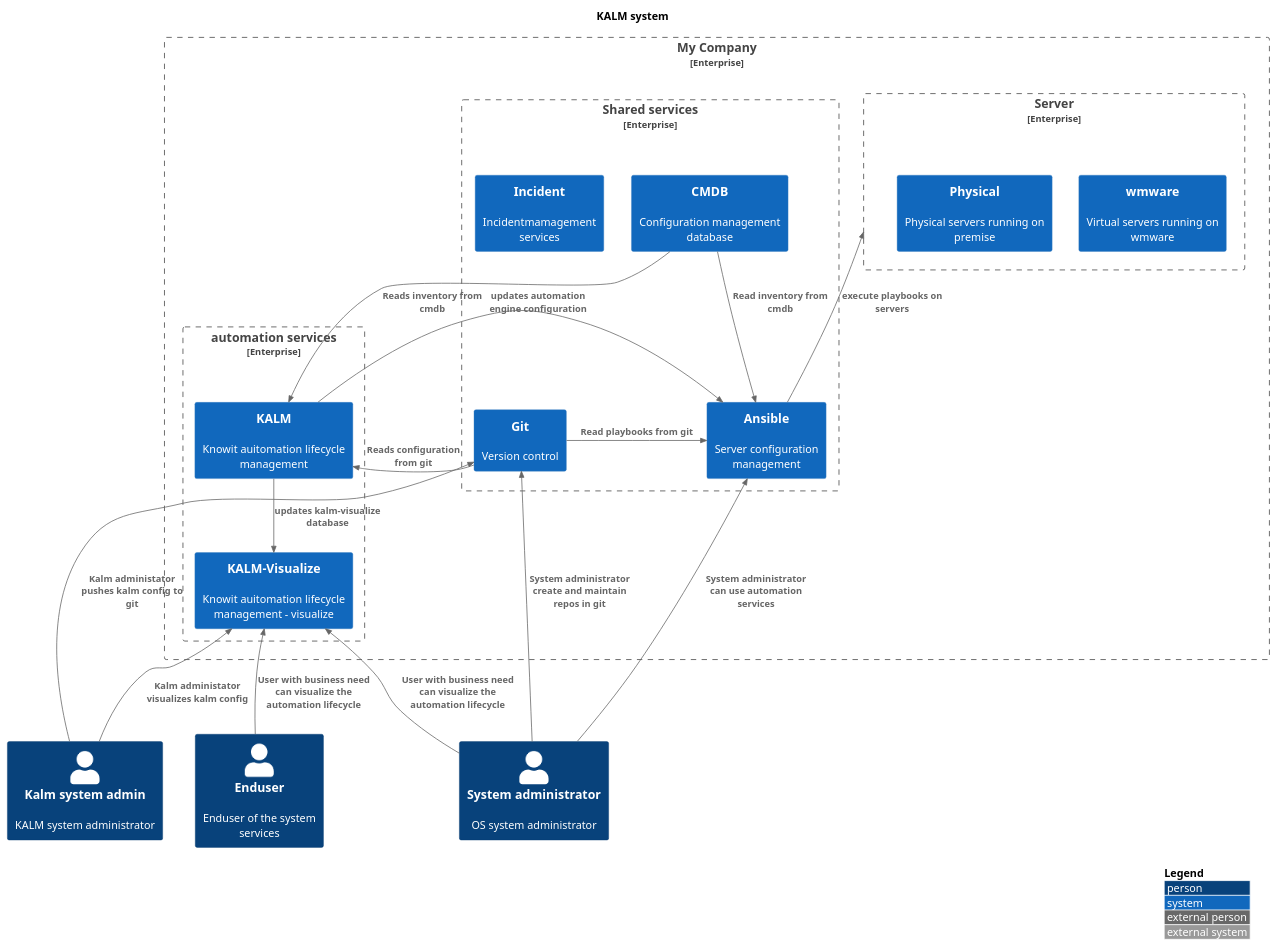
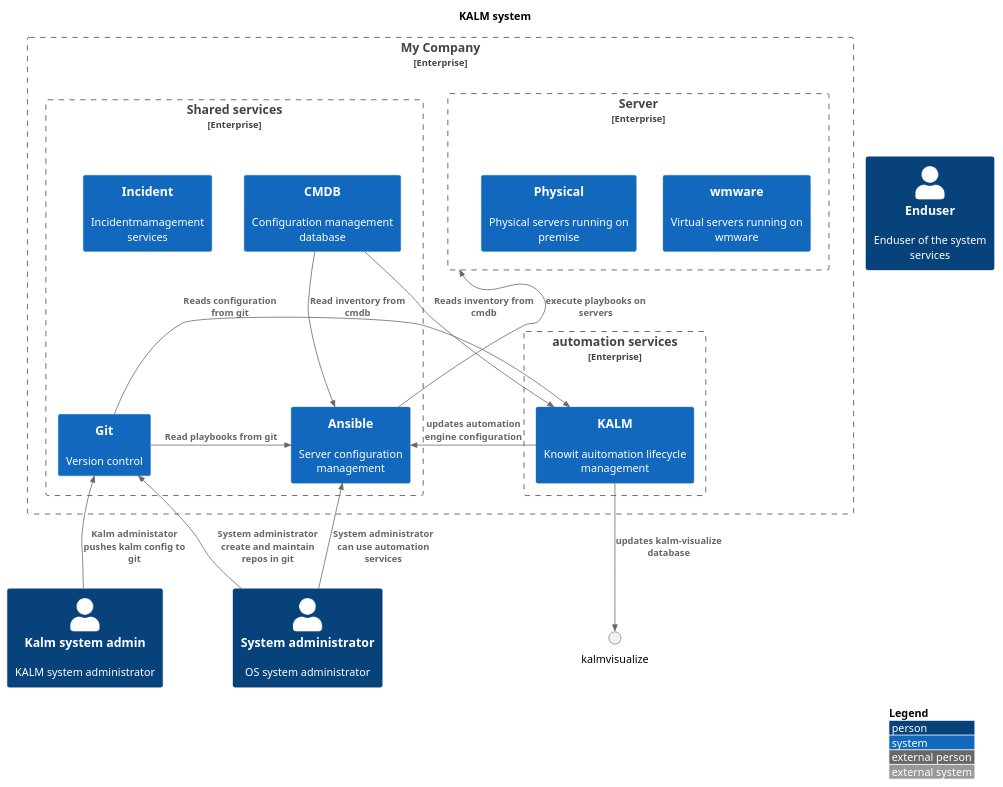
Before and after one commit to JakobHolstDK/infowall: the diagram in diagrams/kalm.puml, drawn with PlantUML.

Commit message:
no write

```diff
--- a/diagrams/kalm.puml
+++ b/diagrams/kalm.puml
@@ -1,64 +1,60 @@
 @startuml
 !include https://raw.githubusercontent.com/plantuml-stdlib/C4-PlantUML/master/C4_Context.puml
 
 ' uncomment the following line and comment the first to use locally
 ' !include C4_Context.puml
 
 LAYOUT_TOP_DOWN()
 'LAYOUT_AS_SKETCH()
 LAYOUT_WITH_LEGEND()
 
 
 title   KALM system
 
 Person(kalmadmin, "Kalm system admin", "KALM system administrator")
 Person(systemadmin, "System administrator", "OS system administrator")
 Person(enduser, "Enduser", "Enduser of the system services")
 
 
 Enterprise_Boundary(c0, "My Company", "My awesome organisation") {
 
 Enterprise_Boundary(c2, "Server ", "Virtuelle servere") {
     System(vmware, "wmware", "Virtual servers running on wmware")
     System(physicalservers, "Physical", "Physical servers running on premise")
 }
 
 Enterprise_Boundary(c3, "Shared services", "Shared services in the organisation") {
     System(cmdb, "CMDB", "Configuration management database")
     System(automation, "Ansible", "Server configuration management")
     System(git, "Git", "Version control")
     System(incident, "Incident", "Incidentmamagement services")
 }
 
 Enterprise_Boundary(c1, "automation services", "Automation services") {
     System(kalm, "KALM", "Knowit auitomation lifecycle management")
-    System(kalmvisualize, "KALM-Visualize", "Knowit auitomation lifecycle management - visualize")
 }
 
 
 }
 
 
 Rel_Neighbor(git, automation, "Read playbooks from git")
 Rel_D(cmdb, automation, "Read inventory from cmdb")
 Rel_U(automation, c2 , "execute playbooks on servers")
 
 
 Rel_U(kalmadmin, git, "Kalm administator pushes kalm config to git")
-Rel_U(kalmadmin, kalmvisualize, "Kalm administator visualizes kalm config")
 
-Rel_U(systemadmin, kalmvisualize, "User with business need can visualize the automation lifecycle")
-Rel_U(enduser, kalmvisualize, "User with business need can visualize the automation lifecycle")
 Rel_U(systemadmin, automation, "System administrator can use automation services")
 Rel_U(systemadmin, git, "System administrator create and maintain repos in git")
 
 
 
 Rel_D(cmdb, kalm, "Reads inventory from cmdb")
 Rel_D(git, kalm, "Reads configuration from git")
 
 Rel_D(kalm, automation, "updates automation engine configuration")
 Rel_D(kalm, kalmvisualize, "updates kalm-visualize database")
 
 
 @enduml
```
